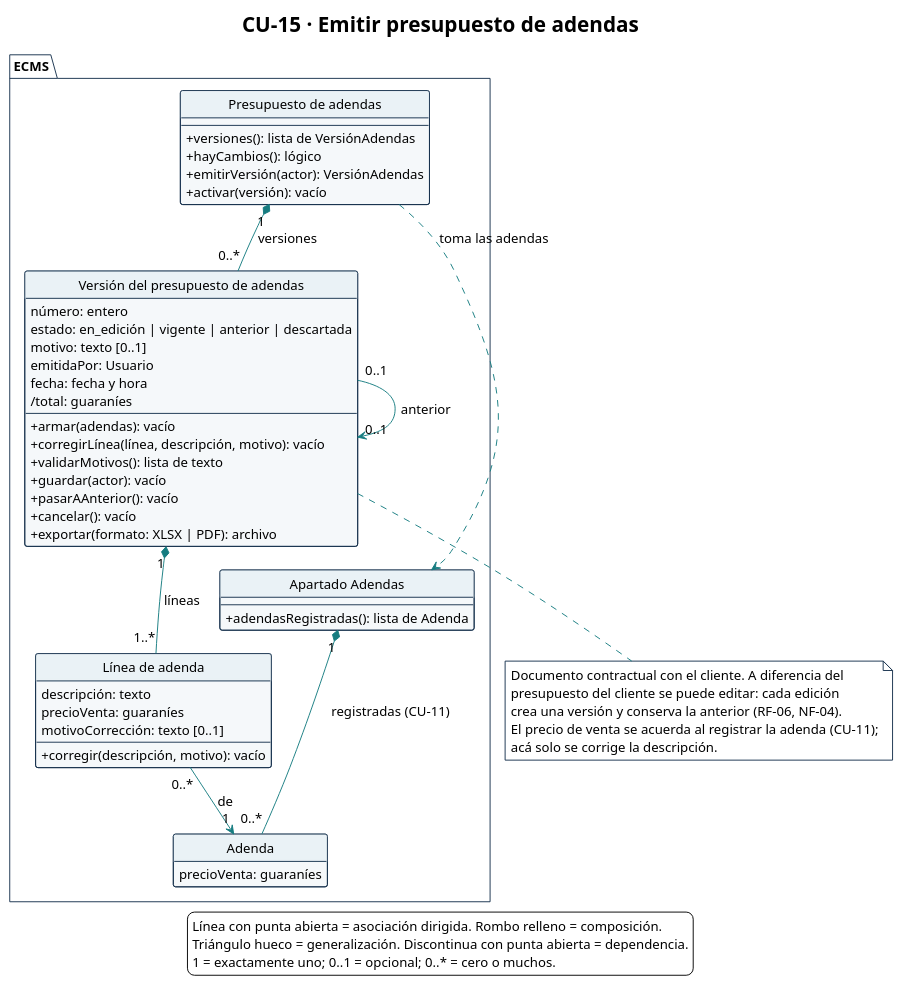
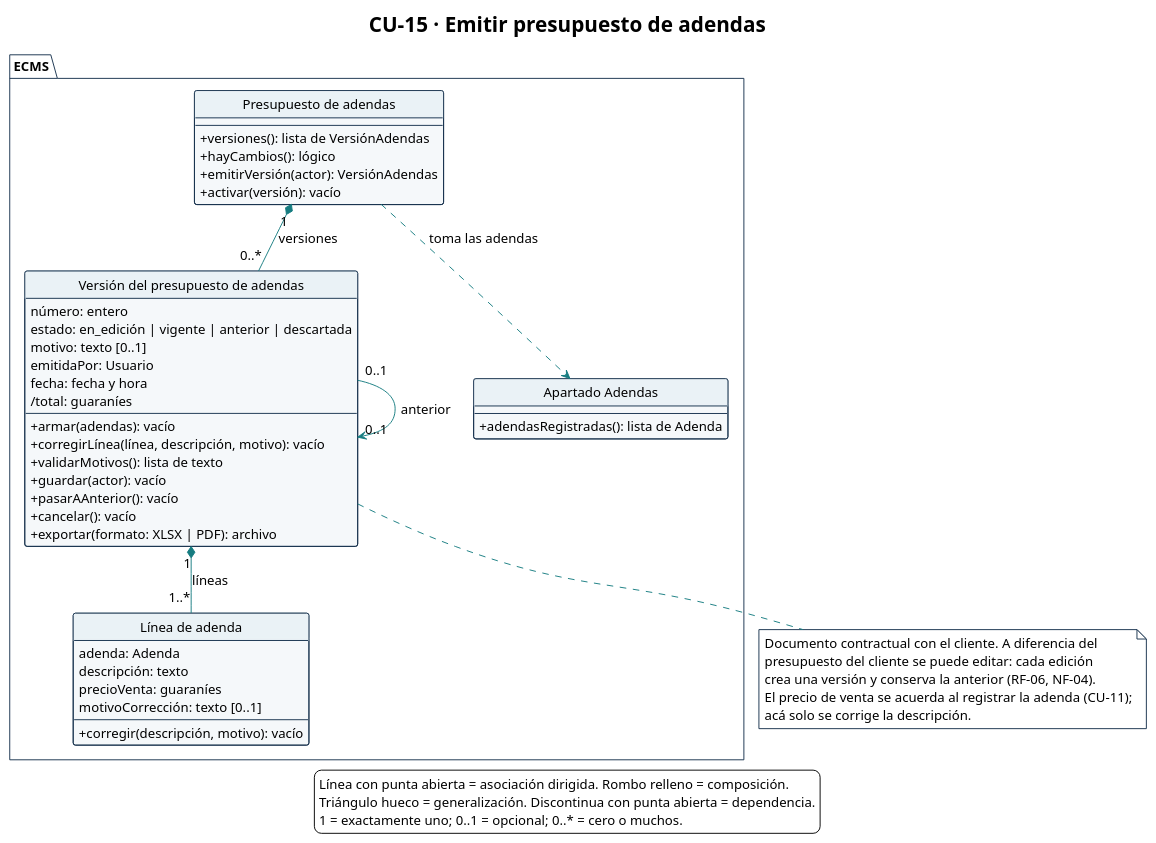
One commit to Ssrrb/tpf-uca changed the diagram in diagramas/CU-15-clases.puml. Above: the diagram before and after it, drawn with PlantUML. The commit also changed 11 other files, not shown here.

```diff
--- a/diagramas/CU-15-clases.puml
+++ b/diagramas/CU-15-clases.puml
@@ -1,92 +1,87 @@
 @startuml
 !theme plain
 skinparam style strictuml
 title CU-15 · Emitir presupuesto de adendas
 hide circle
 hide empty methods
 hide empty fields
 skinparam shadowing false
 skinparam classAttributeIconSize 0
 skinparam defaultFontName Arial
 skinparam defaultFontSize 14
 skinparam nodesep 40
 skinparam ranksep 50
 skinparam ArrowColor #167C80
 skinparam class {
   BackgroundColor #F5F8FA
   BorderColor #17324D
   HeaderBackgroundColor #EAF2F6
 }
 skinparam package {
   BackgroundColor #FFFFFF
   BorderColor #17324D
 }
 skinparam note {
   BackgroundColor #FFFFFF
   BorderColor #17324D
 }
 package "ECMS" {
   class "Presupuesto de adendas" as PresupuestoAdendas {
     --
     + versiones(): lista de VersiónAdendas
     + hayCambios(): lógico
     + emitirVersión(actor): VersiónAdendas
     + activar(versión): vacío
   }
 
   class "Versión del presupuesto de adendas" as VersionAdendas {
     número: entero
     estado: en_edición | vigente | anterior | descartada
     motivo: texto [0..1]
     emitidaPor: Usuario
     fecha: fecha y hora
     /total: guaraníes
     --
     + armar(adendas): vacío
     + corregirLínea(línea, descripción, motivo): vacío
     + validarMotivos(): lista de texto
     + guardar(actor): vacío
     + pasarAAnterior(): vacío
     + cancelar(): vacío
     + exportar(formato: XLSX | PDF): archivo
   }
 
   class "Línea de adenda" as LineaAdenda {
+    adenda: Adenda
     descripción: texto
     precioVenta: guaraníes
     motivoCorrección: texto [0..1]
     --
     + corregir(descripción, motivo): vacío
   }
 
   class "Apartado Adendas" as ApartadoAdendas {
     --
     + adendasRegistradas(): lista de Adenda
   }
-
-  class Adenda {
-    precioVenta: guaraníes
-  }
 }
 
 PresupuestoAdendas "1" *-- "0..*" VersionAdendas : versiones
 VersionAdendas "0..1" --> "0..1" VersionAdendas : anterior
 VersionAdendas "1" *-- "1..*" LineaAdenda : líneas
-LineaAdenda "0..*" --> "1" Adenda : de
-ApartadoAdendas "1" *-- "0..*" Adenda : registradas (CU-11)
 PresupuestoAdendas ..> ApartadoAdendas : toma las adendas
 
 note bottom of VersionAdendas
   Documento contractual con el cliente. A diferencia del
   presupuesto del cliente se puede editar: cada edición
   crea una versión y conserva la anterior (RF-06, NF-04).
   El precio de venta se acuerda al registrar la adenda (CU-11);
   acá solo se corrige la descripción.
 end note
 
 legend bottom
   Línea con punta abierta = asociación dirigida. Rombo relleno = composición.
   Triángulo hueco = generalización. Discontinua con punta abierta = dependencia.
   1 = exactamente uno; 0..1 = opcional; 0..* = cero o muchos.
 endlegend
 @enduml
```
